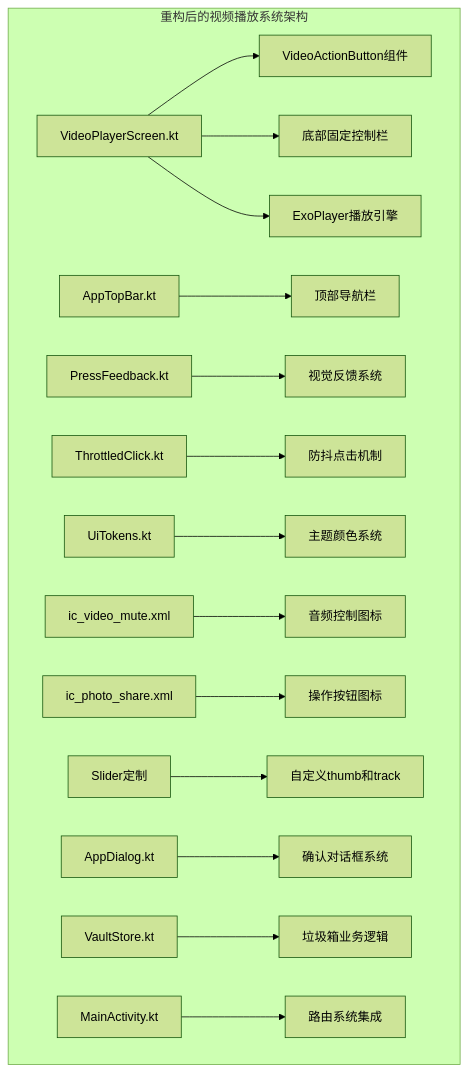
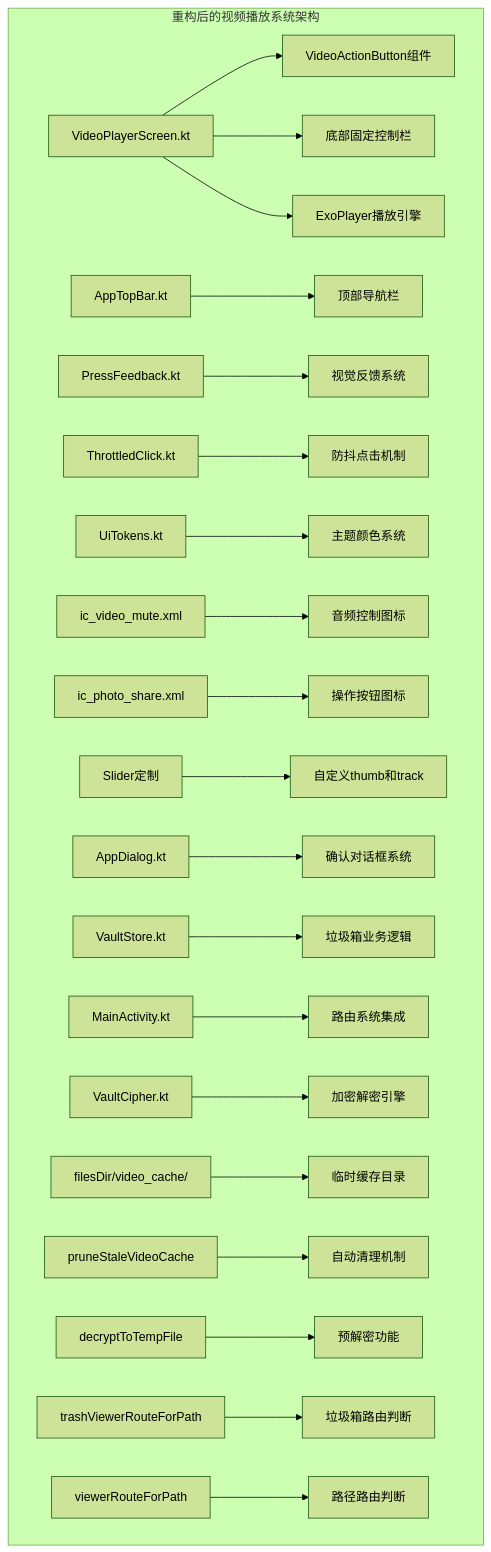
The first of 11 diagrams in .qoder/repowiki/zh/content/项目概述/核心功能特性/视频播放系统.md (wanhongbo/ai-photo-vault), drawn with Mermaid (forest theme) before and after one commit. The commit also changed other lines of this file and 22 other files, not shown here.

````diff
--- a/.qoder/repowiki/zh/content/项目概述/核心功能特性/视频播放系统.md
+++ b/.qoder/repowiki/zh/content/项目概述/核心功能特性/视频播放系统.md
@@ -63,18 +77,24 @@
 ```mermaid
 graph TB
 subgraph "重构后的视频播放系统架构"
 A[VideoPlayerScreen.kt] --> B[VideoActionButton组件]
 A --> C[底部固定控制栏]
 A --> D[ExoPlayer播放引擎]
 E[AppTopBar.kt] --> F[顶部导航栏]
 G[PressFeedback.kt] --> H[视觉反馈系统]
 I[ThrottledClick.kt] --> J[防抖点击机制]
 K[UiTokens.kt] --> L[主题颜色系统]
 M[ic_video_mute.xml] --> N[音频控制图标]
 O[ic_photo_share.xml] --> P[操作按钮图标]
 Q[Slider定制] --> R[自定义thumb和track]
 S[AppDialog.kt] --> T[确认对话框系统]
 U[VaultStore.kt] --> V[垃圾箱业务逻辑]
 W[MainActivity.kt] --> X[路由系统集成]
+Y[VaultCipher.kt] --> Z[加密解密引擎]
+AA[filesDir/video_cache/] --> BB[临时缓存目录]
+CC[pruneStaleVideoCache] --> DD[自动清理机制]
+EE[decryptToTempFile] --> FF[预解密功能]
+GG[trashViewerRouteForPath] --> HH[垃圾箱路由判断]
+II[viewerRouteForPath] --> JJ[路径路由判断]
 end
 ```
````
